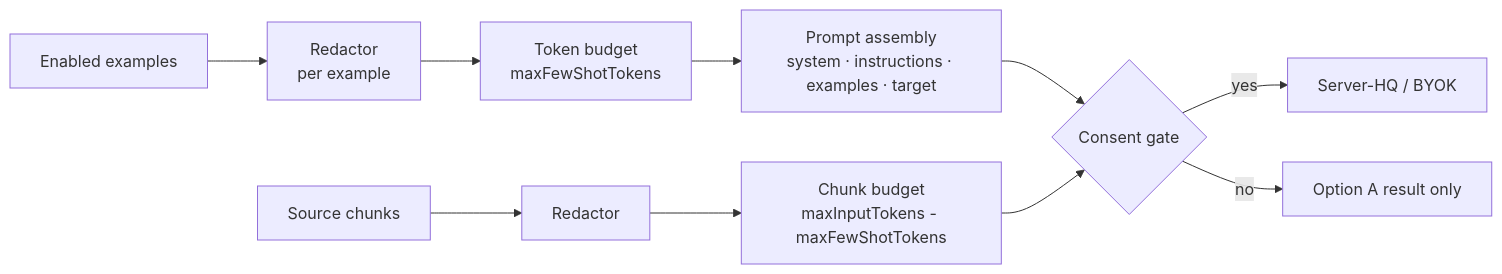
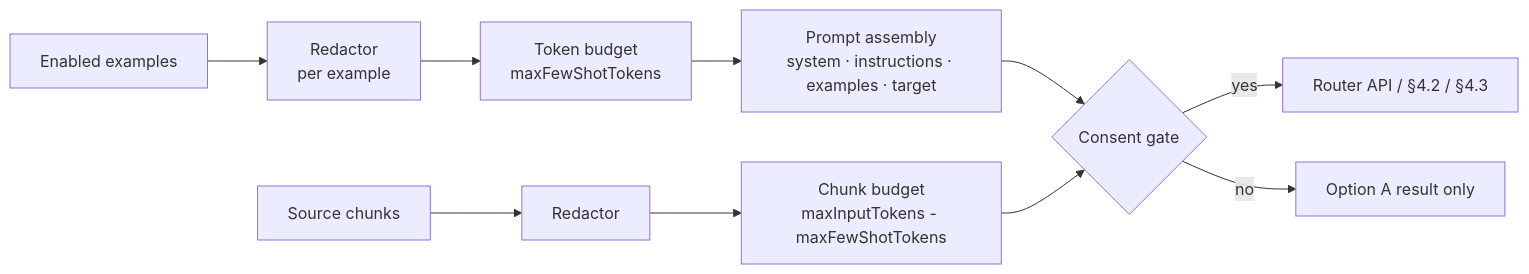
The ninth of 9 diagrams in ARCHITECTURE.md (HyangDan2/ADOP0001), drawn with Mermaid before and after one commit. The commit also changed other lines of this file, not shown here.

Commit message:
docs(architecture): specify external orchestrator & LLM router integration API

````diff
--- a/ARCHITECTURE.md
+++ b/ARCHITECTURE.md
@@ -573,12 +762,12 @@
 ```mermaid
 flowchart LR
   EX[Enabled examples] --> RED[Redactor<br/>per example]
   RED --> BUDGET[Token budget<br/>maxFewShotTokens]
   BUDGET --> PROMPT[Prompt assembly<br/>system · instructions · examples · target]
   SRC[Source chunks] --> RED2[Redactor]
   RED2 --> BUDGET2[Chunk budget<br/>maxInputTokens - maxFewShotTokens]
   PROMPT --> GATE{Consent gate}
   BUDGET2 --> GATE
-  GATE -->|yes| API[Server-HQ / BYOK]
+  GATE -->|yes| API["Router API / §4.2 / §4.3"]
   GATE -->|no| LOCAL[Option A result only]
 ```
````
